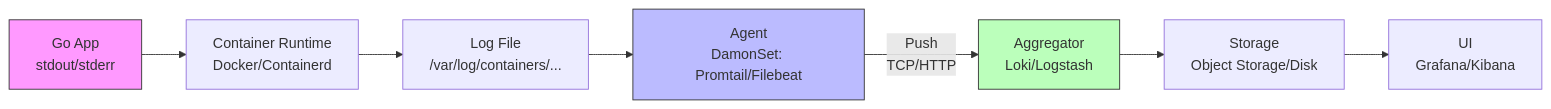
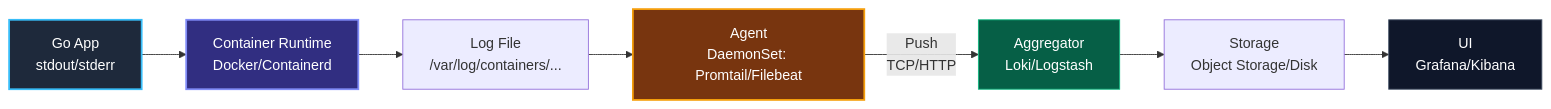
The diagram in sources/18. Observability (Мониторинг и наблюдаемость)/03. Логирование/4. Централизованные логи.md (UnrealTemplier/go-textbook), drawn with Mermaid before and after one commit. The commit also changed other lines of this file, not shown here.

````diff
--- a/sources/18. Observability (Мониторинг и наблюдаемость)/03. Логирование/4. Централизованные логи.md
+++ b/sources/18. Observability (Мониторинг и наблюдаемость)/03. Логирование/4. Централизованные логи.md
@@ -11,13 +26,15 @@
 ```mermaid
 flowchart LR
     A["Go App<br>stdout/stderr"] --> B["Container Runtime<br>Docker/Containerd"]
     B --> C["Log File<br>/var/log/containers/..."]
-    C --> D["Agent<br>DamonSet: Promtail/Filebeat"]
+    C --> D["Agent<br>DaemonSet: Promtail/Filebeat"]
     D -->|"Push<br>TCP/HTTP"| E["Aggregator<br>Loki/Logstash"]
     E --> F["Storage<br>Object Storage/Disk"]
     F --> G["UI<br>Grafana/Kibana"]
 
-    style A fill:#f9f,stroke:#333
-    style D fill:#bbf,stroke:#333
-    style E fill:#bfb,stroke:#333
+    style A fill:#1e293b,stroke:#38bdf8,stroke-width:2px,color:#fff
+    style B fill:#312e81,stroke:#818cf8,stroke-width:2px,color:#fff
+    style D fill:#78350f,stroke:#f59e0b,stroke-width:2px,color:#fff
+    style E fill:#065f46,stroke:#10b981,color:#fff
+    style G fill:#0f172a,stroke:#475569,color:#fff
 ```
````
